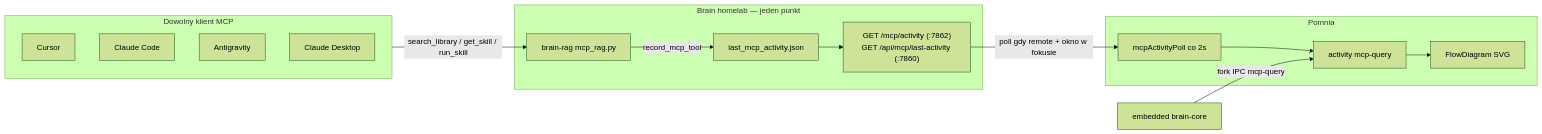
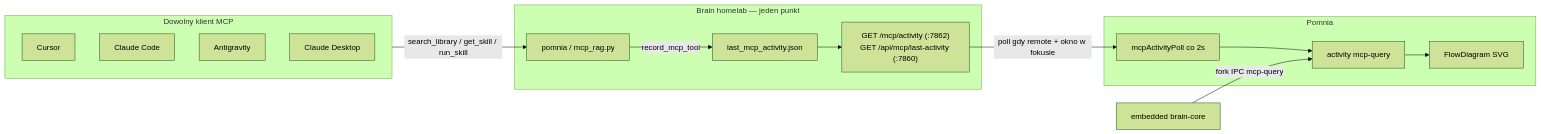
The diagram in docs/FLOW-LIVE.md (lobrzut/pomnia), drawn with Mermaid (forest theme) before and after one commit. The commit also changed other lines of this file and 5 other files, not shown here.

First line of the commit message:
docs: replace MCP client key brain-rag with pomnia

````diff
--- a/docs/FLOW-LIVE.md
+++ b/docs/FLOW-LIVE.md
@@ -7,28 +7,28 @@
 ```mermaid
 flowchart LR
   subgraph clients [Dowolny klient MCP]
     C1[Cursor]
     C2[Claude Code]
     C3[Antigravity]
     C4[Claude Desktop]
   end
 
   subgraph brain [Brain homelab — jeden punkt]
-    MCP[brain-rag mcp_rag.py]
+    MCP[pomnia / mcp_rag.py]
     ACT[last_mcp_activity.json]
     API["GET /mcp/activity (:7862)\nGET /api/mcp/last-activity (:7860)"]
     MCP -->|record_mcp_tool| ACT
     ACT --> API
   end
 
   subgraph pomnia [Pomnia]
     POLL[mcpActivityPoll co 2s]
     ACTIVITY[activity mcp-query]
     DIAG[FlowDiagram SVG]
     POLL --> ACTIVITY --> DIAG
   end
 
   clients -->|search_library / get_skill / run_skill| MCP
   API -->|poll gdy remote + okno w fokusie| POLL
   EMB[embedded brain-core] -->|fork IPC mcp-query| ACTIVITY
 ```
````
